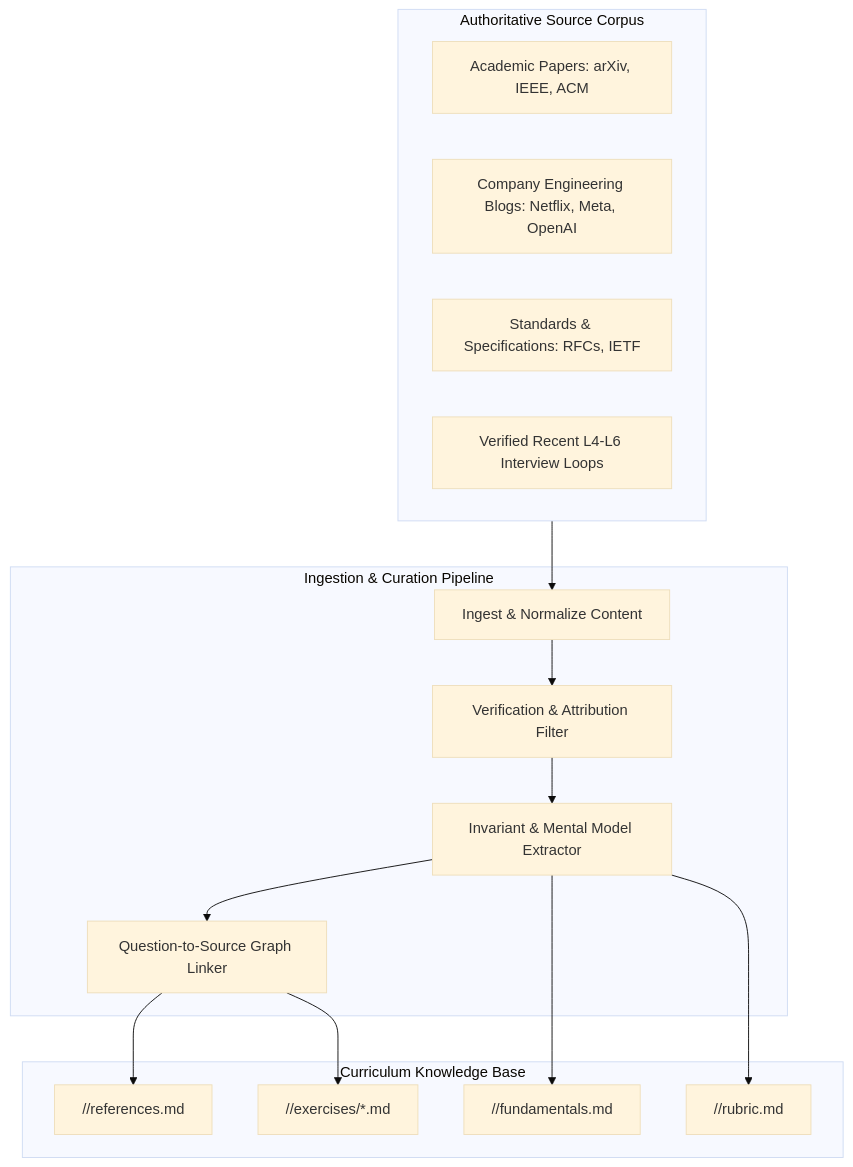
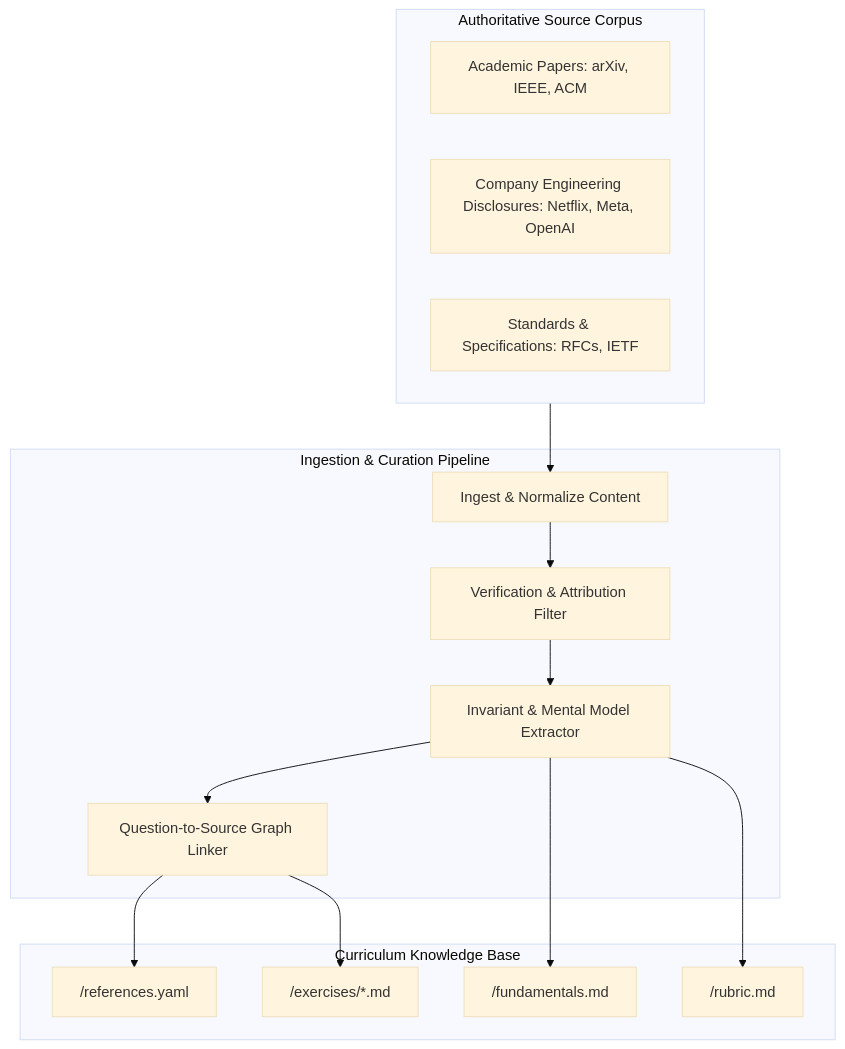
Before and after one commit to Savage-Fred/learn: the fifth of 7 diagrams in docs/architecture.md, drawn with Mermaid (base theme). The commit also changed other lines of this file and 18 other files, not shown here.

Commit message:
docs: finalize architecture, UX specs, and multi-agent review receipts for PR 2

````diff
--- a/docs/architecture.md
+++ b/docs/architecture.md
@@ -431,29 +449,28 @@
 ```mermaid
 flowchart TD
     subgraph Sources [Authoritative Source Corpus]
         Papers[Academic Papers: arXiv, IEEE, ACM]
-        EngBlogs[Company Engineering Blogs: Netflix, Meta, OpenAI]
+        EngBlogs[Company Engineering Disclosures: Netflix, Meta, OpenAI]
         RFCs[Standards & Specifications: RFCs, IETF]
-        Loops[Verified Recent L4-L6 Interview Loops]
     end
 
     subgraph Pipeline [Ingestion & Curation Pipeline]
         Ingest[Ingest & Normalize Content]
         Verify[Verification & Attribution Filter]
         Extract[Invariant & Mental Model Extractor]
         Link[Question-to-Source Graph Linker]
     end
 
     subgraph RepoArtifacts [Curriculum Knowledge Base]
-        Refs[<domain>/<topic>/references.md]
-        Fund[<domain>/<topic>/fundamentals.md]
-        Exs[<domain>/<topic>/exercises/*.md]
-        Rubrics[<domain>/<topic>/rubric.md]
+        Refs[<topic>/references.yaml]
+        Fund[<topic>/fundamentals.md]
+        Exs[<topic>/exercises/*.md]
+        Rubrics[<topic>/rubric.md]
     end
 
     Sources --> Ingest --> Verify --> Extract --> Link
     Extract --> Fund
     Extract --> Rubrics
     Link --> Refs
     Link --> Exs
 ```
````
